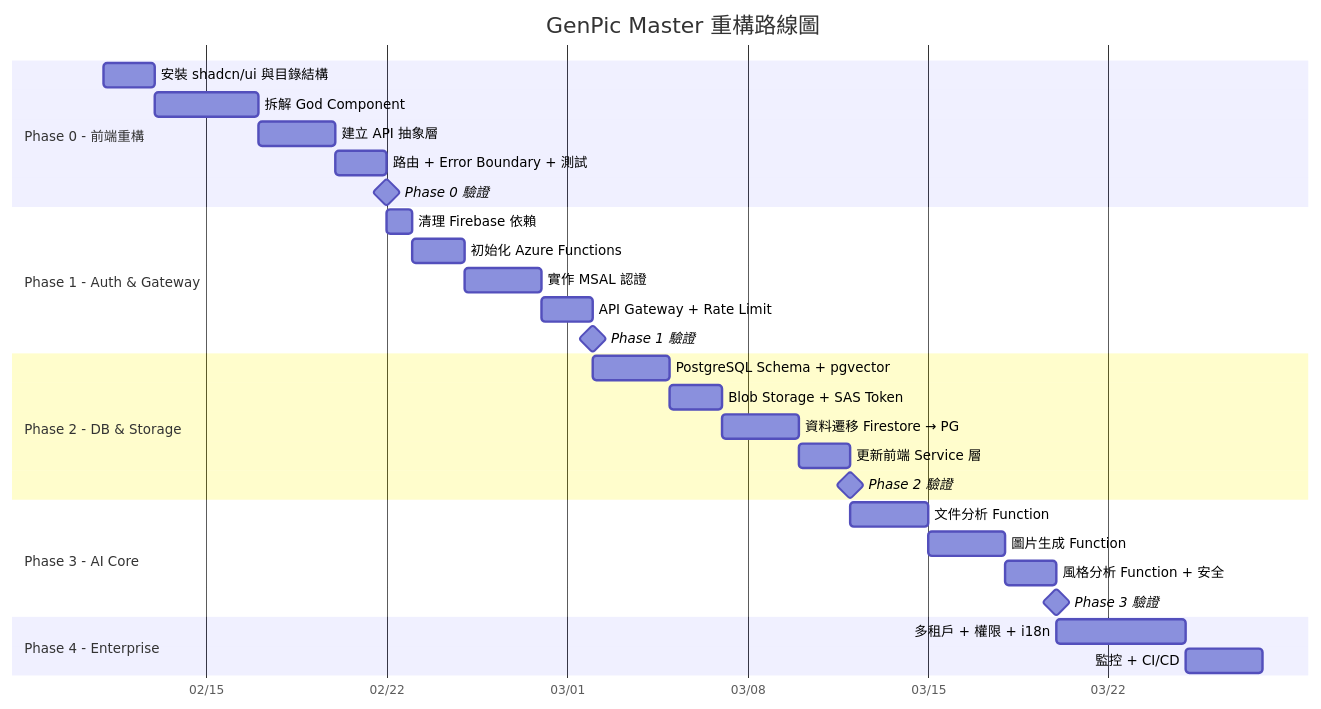
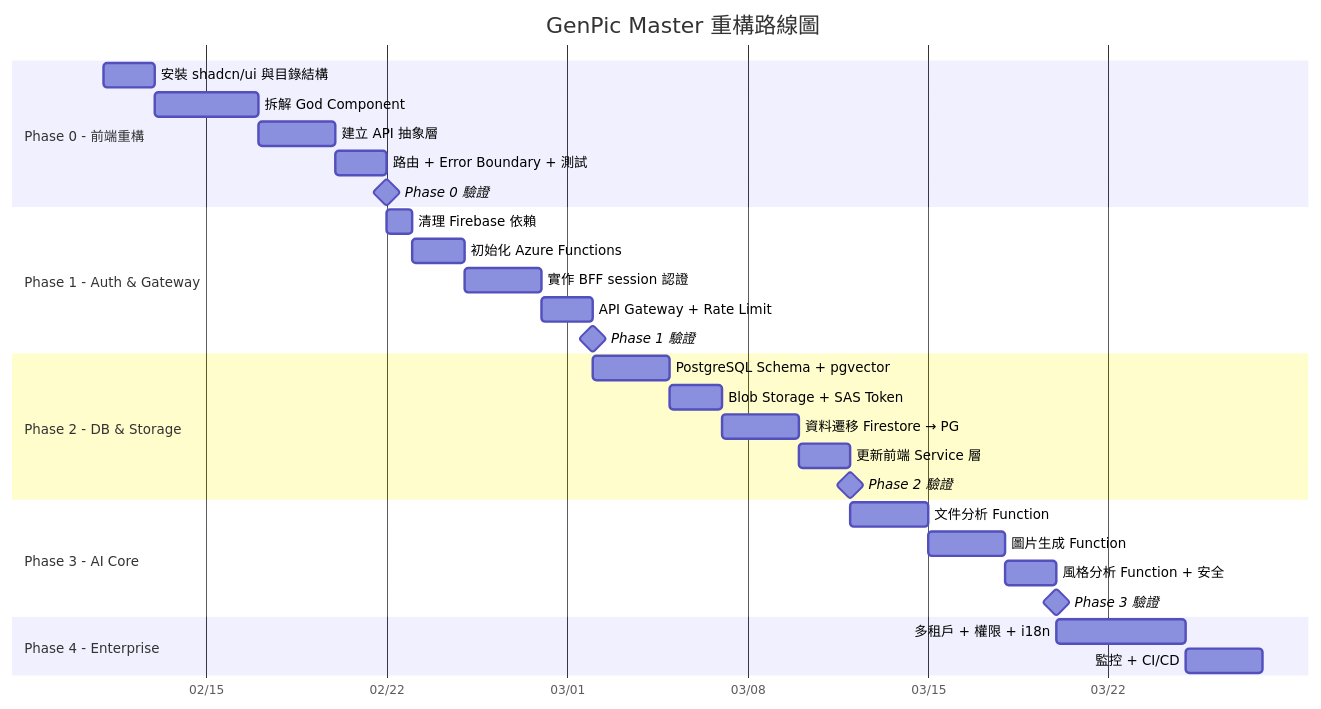
One commit to tony30552001/Genpic-master changed the second of 2 diagrams in docs/PRODUCT_PLAN.md. Above: the diagram before and after it, drawn with Mermaid. The commit also changed other lines of this file and 54 other files, not shown here.

````diff
--- a/docs/PRODUCT_PLAN.md
+++ b/docs/PRODUCT_PLAN.md
@@ -649,37 +653,37 @@
 ```mermaid
 gantt
     title GenPic Master 重構路線圖
     dateFormat  YYYY-MM-DD
     axisFormat  %m/%d
 
     section Phase 0 - 前端重構
     安裝 shadcn/ui 與目錄結構    :p0a, 2026-02-11, 2d
     拆解 God Component            :p0b, after p0a, 4d
     建立 API 抽象層               :p0c, after p0b, 3d
     路由 + Error Boundary + 測試  :p0d, after p0c, 2d
     Phase 0 驗證                  :milestone, after p0d, 0d
 
     section Phase 1 - Auth & Gateway
     清理 Firebase 依賴            :p1a, after p0d, 1d
     初始化 Azure Functions        :p1b, after p1a, 2d
-    實作 MSAL 認證                :p1c, after p1b, 3d
+    實作 BFF session 認證          :p1c, after p1b, 3d
     API Gateway + Rate Limit      :p1d, after p1c, 2d
     Phase 1 驗證                  :milestone, after p1d, 0d
 
     section Phase 2 - DB & Storage
     PostgreSQL Schema + pgvector  :p2a, after p1d, 3d
     Blob Storage + SAS Token      :p2b, after p2a, 2d
     資料遷移 Firestore → PG       :p2c, after p2b, 3d
     更新前端 Service 層           :p2d, after p2c, 2d
     Phase 2 驗證                  :milestone, after p2d, 0d
 
     section Phase 3 - AI Core
     文件分析 Function             :p3a, after p2d, 3d
     圖片生成 Function             :p3b, after p3a, 3d
     風格分析 Function + 安全      :p3c, after p3b, 2d
     Phase 3 驗證                  :milestone, after p3c, 0d
 
     section Phase 4 - Enterprise
     多租戶 + 權限 + i18n          :p4a, after p3c, 5d
     監控 + CI/CD                  :p4b, after p4a, 3d
 ```
````
